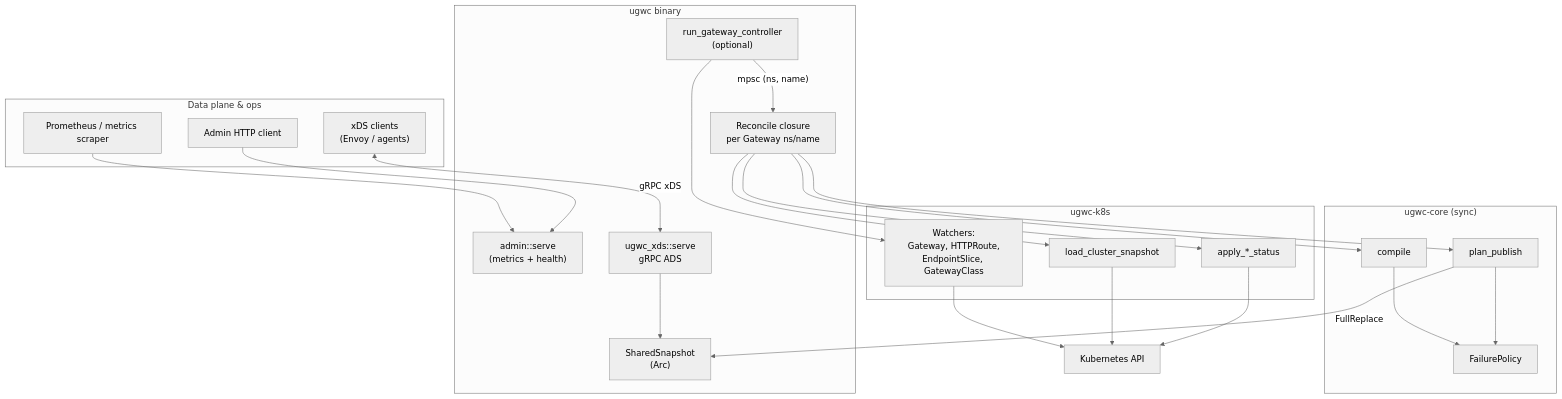
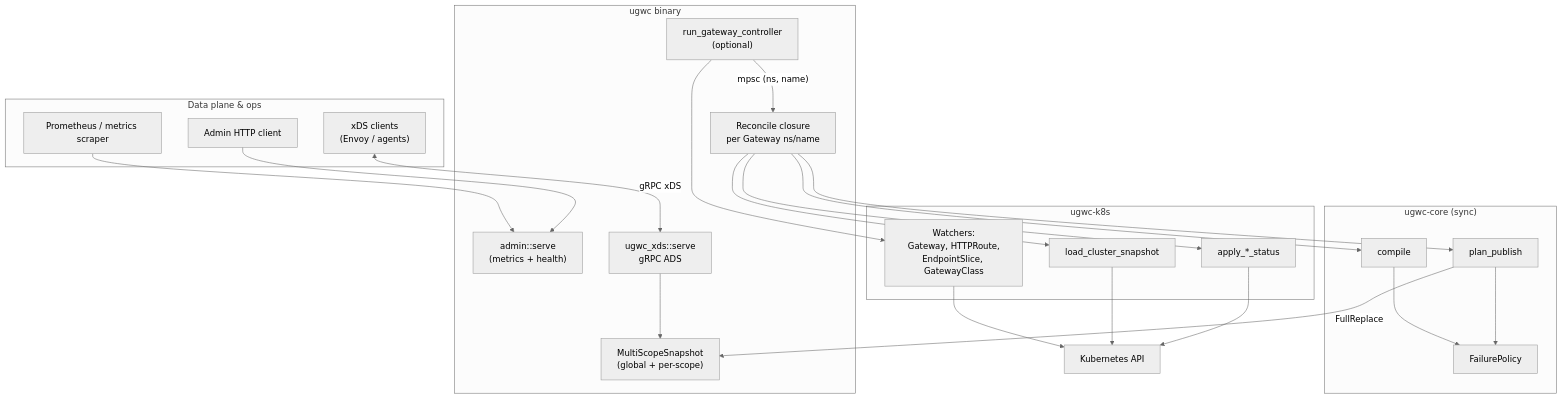
Before and after one commit to aslakknutsen/ugwc: the first of 6 diagrams in docs/architecture.md, drawn with Mermaid (neutral theme). The commit also changed other lines of this file and 18 other files, not shown here.

````diff
--- a/docs/architecture.md
+++ b/docs/architecture.md
@@ -21,47 +21,47 @@
 ```mermaid
 flowchart TB
     subgraph clients["Data plane & ops"]
         DP["xDS clients\n(Envoy / agents)"]
         Prom["Prometheus / metrics scraper"]
         AdminC["Admin HTTP client"]
     end
 
     subgraph ugwc_bin["ugwc binary"]
         Admin["admin::serve\n(metrics + health)"]
         XdsSrv["ugwc_xds::serve\ngRPC ADS"]
-        Cache["SharedSnapshot\n(Arc)"]
+        Cache["MultiScopeSnapshot\n(global + per-scope)"]
         Ctrl["run_gateway_controller\n(optional)"]
         Recon["Reconcile closure\nper Gateway ns/name"]
     end
 
     subgraph core["ugwc-core (sync)"]
         Compile["compile"]
         Plan["plan_publish"]
         FP["FailurePolicy"]
     end
 
     subgraph k8s_crate["ugwc-k8s"]
         Watch["Watchers:\nGateway, HTTPRoute,\nEndpointSlice, GatewayClass"]
         Load["load_cluster_snapshot"]
         Status["apply_*_status"]
     end
 
     K8sAPI["Kubernetes API"]
 
     DP <-->|"gRPC xDS"| XdsSrv
     Prom --> Admin
     AdminC --> Admin
     XdsSrv --> Cache
     Watch --> K8sAPI
     Load --> K8sAPI
     Status --> K8sAPI
     Ctrl --> Watch
     Ctrl -->|"mpsc (ns, name)"| Recon
     Recon --> Load
     Recon --> Compile
     Recon --> Plan
     Compile --> FP
     Plan --> FP
     Plan -->|"FullReplace"| Cache
     Recon --> Status
 ```
````
